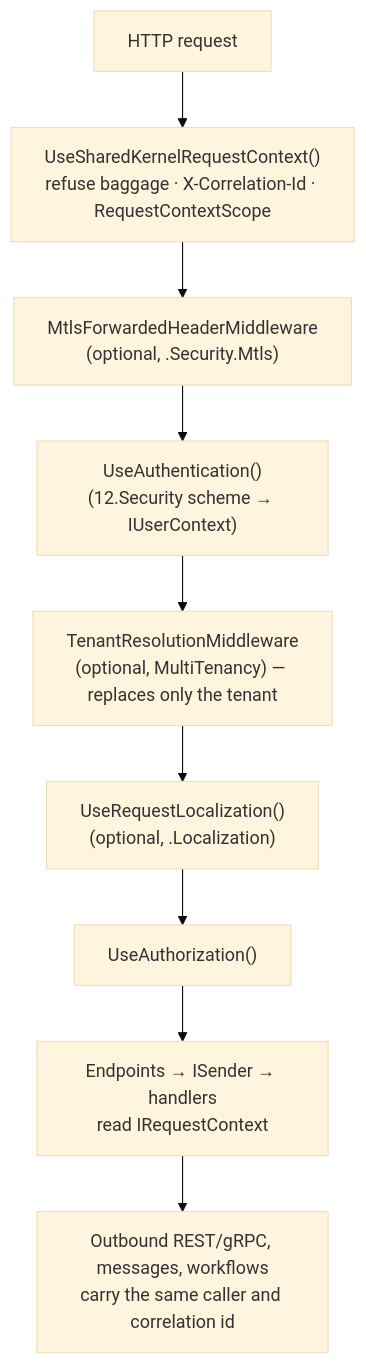
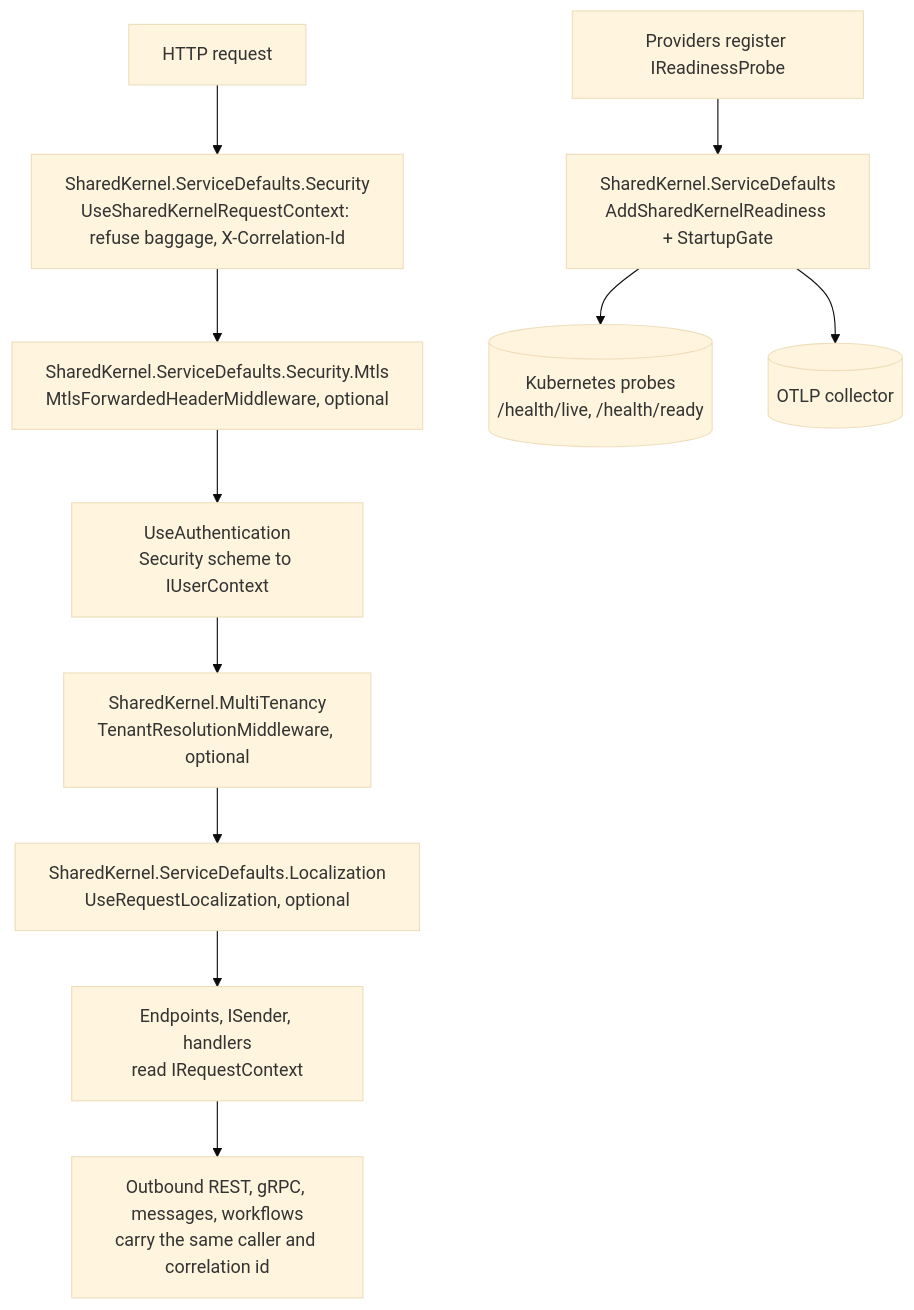
Before and after one commit to Gresta-Vertex-Labs/platform-shared-kernel: the diagram in src/Hosting/ServiceDefaults/README.md, drawn with Mermaid (base theme). The commit also changed other lines of this file and 228 other files, not shown here.

````diff
--- a/src/Hosting/ServiceDefaults/README.md
+++ b/src/Hosting/ServiceDefaults/README.md
@@ -51,11 +56,13 @@
 ```mermaid
 flowchart TD
-    R["HTTP request"] --> RC["UseSharedKernelRequestContext()<br/>refuse baggage · X-Correlation-Id · RequestContextScope"]
-    RC --> M["MtlsForwardedHeaderMiddleware<br/>(optional, .Security.Mtls)"]
-    M --> A["UseAuthentication()<br/>(12.Security scheme → IUserContext)"]
-    A --> T["TenantResolutionMiddleware<br/>(optional, MultiTenancy) — replaces only the tenant"]
-    T --> L["UseRequestLocalization()<br/>(optional, .Localization)"]
-    L --> Z["UseAuthorization()"]
-    Z --> E["Endpoints → ISender → handlers<br/>read IRequestContext"]
-    E --> O["Outbound REST/gRPC, messages, workflows<br/>carry the same caller and correlation id"]
+    R["HTTP request"] --> RC["SharedKernel.ServiceDefaults.Security<br/>UseSharedKernelRequestContext: refuse baggage, X-Correlation-Id"]
+    RC --> M["SharedKernel.ServiceDefaults.Security.Mtls<br/>MtlsForwardedHeaderMiddleware, optional"]
+    M --> A["UseAuthentication<br/>Security scheme to IUserContext"]
+    A --> T["SharedKernel.MultiTenancy<br/>TenantResolutionMiddleware, optional"]
+    T --> L["SharedKernel.ServiceDefaults.Localization<br/>UseRequestLocalization, optional"]
+    L --> E["Endpoints, ISender, handlers<br/>read IRequestContext"]
+    E --> O["Outbound REST, gRPC, messages, workflows<br/>carry the same caller and correlation id"]
+    P["Providers register IReadinessProbe"] --> SD["SharedKernel.ServiceDefaults<br/>AddSharedKernelReadiness + StartupGate"]
+    SD --> K[("Kubernetes probes<br/>/health/live, /health/ready")]
+    SD --> OT[("OTLP collector")]
 ```
````
